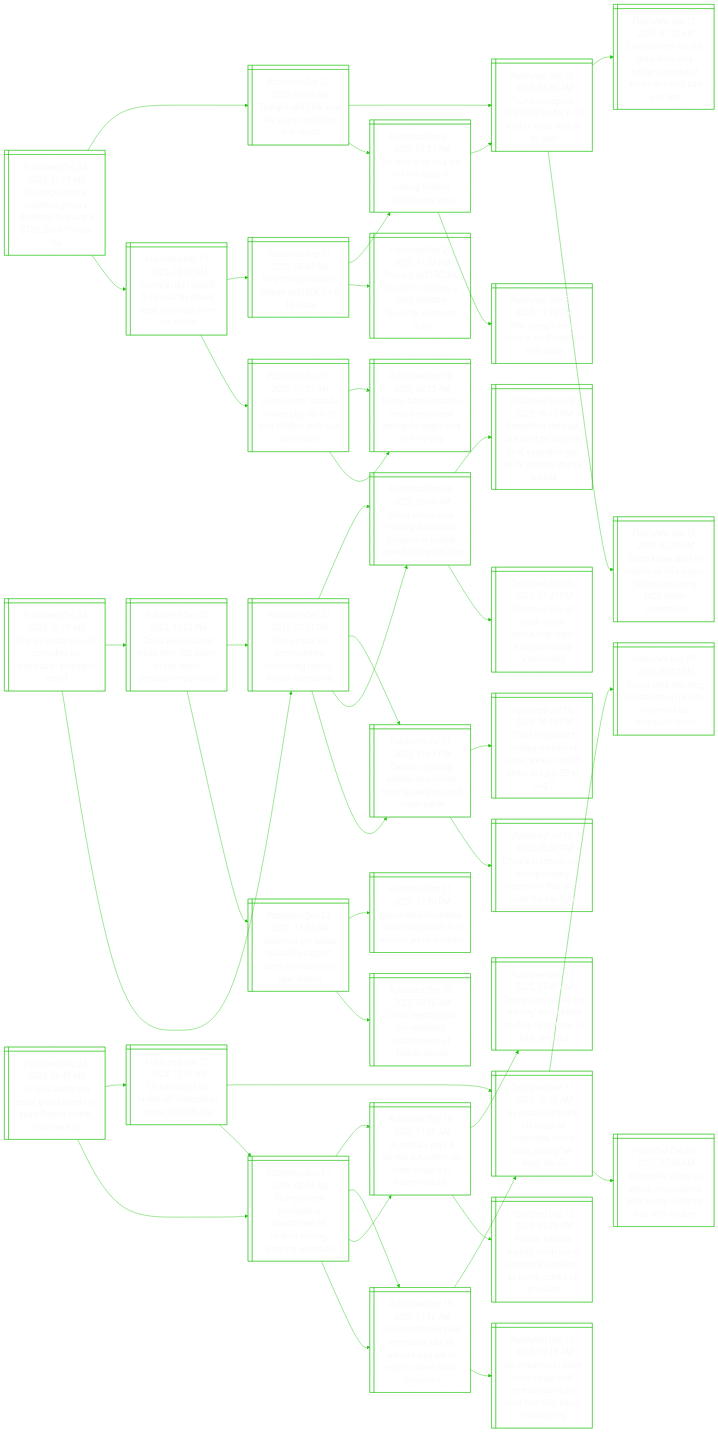
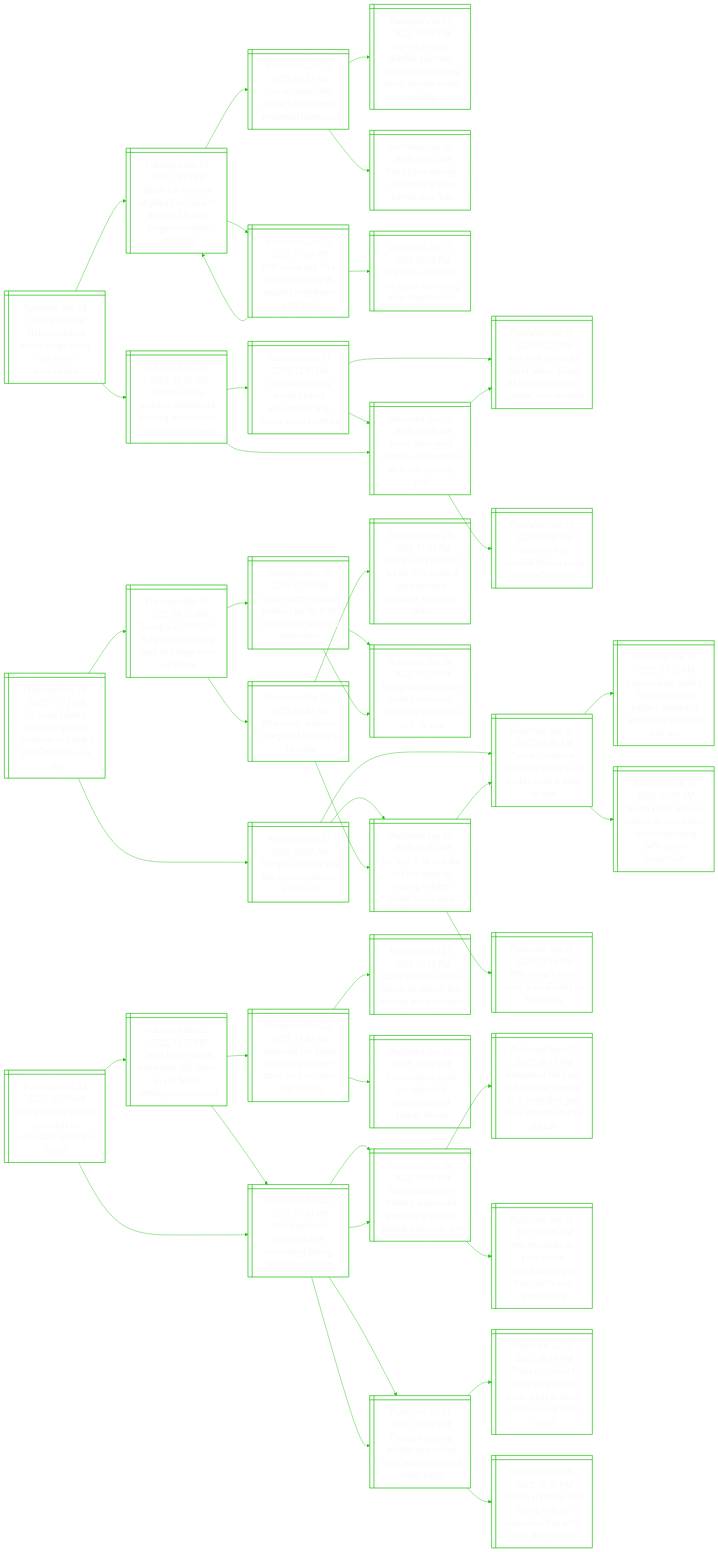
One commit to notJmes/notJmes changed the diagram in README.md. Above: the diagram before and after it, drawn with Mermaid. The commit also changed other lines of this file, not shown here.

````diff
--- a/README.md
+++ b/README.md
@@ -15,6 +15,52 @@
 %%{init: {'theme':'base', 'themeVariables': {'primaryColor': "transparent", 'primaryTextColor': "#F9F9F9", 'lineColor': "#20C20E", 'primaryBorderColor':'#20C20E'}}}%%
 flowchart LR
 classDef txtsize font-size:20px;
+
+MCosbsysvt@{ shape: win-pane, label: "_Published Dec 24, 2025, 01:23 PM_
+Major california storm brings heavy rain, snow, evacuations" }
+Dtrslrsashewii@{ shape: win-pane, label: "_Published Jan 13, 2025, 08:05 PM_
+Death toll from los angeles fires rises to at least 24, with dangerous winds incoming" }
+Lgfdeeomllo@{ shape: win-pane, label: "_Published Jan 13, 2025, 06:37 AM_
+Los angeles fires deliver latest blow to embattled hollywood" }
+Bslleciiseesweg@{ shape: win-pane, label: "_Published Jan 11, 2025, 10:20 PM_
+Big los angeles wildfire switches direction, posing new threat despite winds easing" }
+PHngbeomLe@{ shape: win-pane, label: "_Published Jan 10, 2025, 05:37 AM_
+Paris hilton among celebrities to lose homes in la fires" }
+Wanslrtpeofi@{ shape: win-pane, label: "_Published Jan 13, 2025, 07:08 PM_
+With tacos and toys, angelenos rally to support neighbours after fires" }
+Dtrslrsashewii@{ shape: win-pane, label: "_Published Jan 13, 2025, 08:05 PM_
+Death toll from los angeles fires rises to at least 24, with dangerous winds incoming" }
+Tloelelfhr@{ shape: win-pane, label: "_Published Jan 13, 2025, 05:00 PM_
+The hollywood fires will cause harm long after they burn out" }
+TnruseaoeascNw@{ shape: win-pane, label: "_Published Dec 12, 2025, 09:53 AM_
+Torrential rains unleash widespread flooding, evacuations in pacific northwest" }
+UatwrmetpyiU@{ shape: win-pane, label: "_Published Dec 11, 2025, 12:45 PM_
+Unusually strong winter storms expected to drop heavy snow in the us" }
+ActsrrsUuec@{ shape: win-pane, label: "_Published Dec 06, 2025, 08:00 AM_
+Arctic blast grips central, north-eastern us in sub-freezing cold" }
+NrysoleavwutEn@{ shape: win-pane, label: "_Published Dec 02, 2025, 09:22 PM_
+New york city faces risk of airline delays as heavy snow hits upstate, new england" }
+ActsrrsUuec@{ shape: win-pane, label: "_Published Dec 06, 2025, 08:00 AM_
+Arctic blast grips central, north-eastern us in sub-freezing cold" }
+NrysoleavwutEn@{ shape: win-pane, label: "_Published Dec 02, 2025, 09:22 PM_
+New york city faces risk of airline delays as heavy snow hits upstate, new england" }
+Snswtsltio@{ shape: win-pane, label: "_Published Dec 05, 2025, 08:00 AM_
+Season’s first snowfall throws seoul into traffic chaos" }
+
+MCosbsysvt:::txtsize --> Dtrslrsashewii:::txtsize
+Dtrslrsashewii:::txtsize --> Lgfdeeomllo:::txtsize
+Lgfdeeomllo:::txtsize --> Bslleciiseesweg:::txtsize
+Lgfdeeomllo:::txtsize --> PHngbeomLe:::txtsize
+Dtrslrsashewii:::txtsize --> Wanslrtpeofi:::txtsize
+Wanslrtpeofi:::txtsize --> Dtrslrsashewii:::txtsize
+Wanslrtpeofi:::txtsize --> Tloelelfhr:::txtsize
+MCosbsysvt:::txtsize --> TnruseaoeascNw:::txtsize
+TnruseaoeascNw:::txtsize --> UatwrmetpyiU:::txtsize
+UatwrmetpyiU:::txtsize --> ActsrrsUuec:::txtsize
+UatwrmetpyiU:::txtsize --> NrysoleavwutEn:::txtsize
+TnruseaoeascNw:::txtsize --> ActsrrsUuec:::txtsize
+ActsrrsUuec:::txtsize --> NrysoleavwutEn:::txtsize
+ActsrrsUuec:::txtsize --> Snswtsltio:::txtsize
 
 UgeusuagrHa@{ shape: win-pane, label: "_Published Dec 24, 2025, 11:12 AM_
 Us judge rejects business group’s challenge to trump’s $128,260 h-1b visa fee" }
@@ -108,50 +154,4 @@
 Csnilwecdidre:::txtsize --> Ctdiriiesuiat:::txtsize
 Csnilwecdidre:::txtsize --> Csnsumasiaydot:::txtsize
 
-Ustltdtelgera@{ shape: win-pane, label: "_Published Dec 24, 2025, 09:43 AM_
-Us eyes additional coast guard assets to seize fleeing tanker, sources say" }
-Uettreeofay@{ shape: win-pane, label: "_Published Dec 21, 2025, 12:31 AM_
-Us intercepts oil tanker off venezuelan coast, officials say" }
-Uzlecoeapageo@{ shape: win-pane, label: "_Published Dec 11, 2025, 06:22 AM_
-Us seizes oil tanker off coast of venezuela, trump says, adding ‘we keep’ the oil" }
-TenurneCbVuo@{ shape: win-pane, label: "_Published Dec 09, 2025, 09:52 PM_
-Trump eyes anti-drug operations in mexico, colombia as venezuela looms" }
-VulScpifromlMo@{ shape: win-pane, label: "_Published Dec 01, 2025, 07:49 AM_
-Venezuela slams us attack preparations after trump confirms call with maduro" }
-Toskftdasitgz@{ shape: win-pane, label: "_Published Dec 17, 2025, 08:34 AM_
-Trump orders blockade of sanctioned oil tankers leaving, entering venezuela" }
-Uistitktvlanf@{ shape: win-pane, label: "_Published Dec 16, 2025, 11:09 AM_
-Us military says it carried out strikes on three vessels in eastern pacific" }
-Uznenltrwtphoon@{ shape: win-pane, label: "_Published Dec 13, 2025, 11:10 AM_
-Us seized tanker near venezuela just as warrant was set to expire, shows court document" }
-Toskftdasitgz@{ shape: win-pane, label: "_Published Dec 17, 2025, 08:34 AM_
-Trump orders blockade of sanctioned oil tankers leaving, entering venezuela" }
-Uistitktvlanf@{ shape: win-pane, label: "_Published Dec 16, 2025, 11:09 AM_
-Us military says it carried out strikes on three vessels in eastern pacific" }
-TsSbrltsurnama@{ shape: win-pane, label: "_Published Dec 13, 2025, 07:41 AM_
-Trump says us will be ‘starting’ land strikes on drug operations in latin america" }
-RararoVuMouaps@{ shape: win-pane, label: "_Published Dec 12, 2025, 01:23 AM_
-Russia, belarus leaders reach out to venezuela’s maduro, as trump cranks up pressure" }
-Uznenltrwtphoon@{ shape: win-pane, label: "_Published Dec 13, 2025, 11:10 AM_
-Us seized tanker near venezuela just as warrant was set to expire, shows court document" }
-Uzlecoeapageo@{ shape: win-pane, label: "_Published Dec 11, 2025, 06:22 AM_
-Us seizes oil tanker off coast of venezuela, trump says, adding ‘we keep’ the oil" }
-Upgirkfeasespncy@{ shape: win-pane, label: "_Published Dec 12, 2025, 10:13 AM_
-Us preparing to seize more tankers off venezuela’s coast after first ship taken, sources say" }
-
-Ustltdtelgera:::txtsize --> Uettreeofay:::txtsize
-Uettreeofay:::txtsize --> Uzlecoeapageo:::txtsize
-Uzlecoeapageo:::txtsize --> TenurneCbVuo:::txtsize
-Uzlecoeapageo:::txtsize --> VulScpifromlMo:::txtsize
-Uettreeofay:::txtsize --> Toskftdasitgz:::txtsize
-Toskftdasitgz:::txtsize --> Uistitktvlanf:::txtsize
-Toskftdasitgz:::txtsize --> Uznenltrwtphoon:::txtsize
-Ustltdtelgera:::txtsize --> Toskftdasitgz:::txtsize
-Toskftdasitgz:::txtsize --> Uistitktvlanf:::txtsize
-Uistitktvlanf:::txtsize --> TsSbrltsurnama:::txtsize
-Uistitktvlanf:::txtsize --> RararoVuMouaps:::txtsize
-Toskftdasitgz:::txtsize --> Uznenltrwtphoon:::txtsize
-Uznenltrwtphoon:::txtsize --> Uzlecoeapageo:::txtsize
-Uznenltrwtphoon:::txtsize --> Upgirkfeasespncy:::txtsize
-
 ```
````
